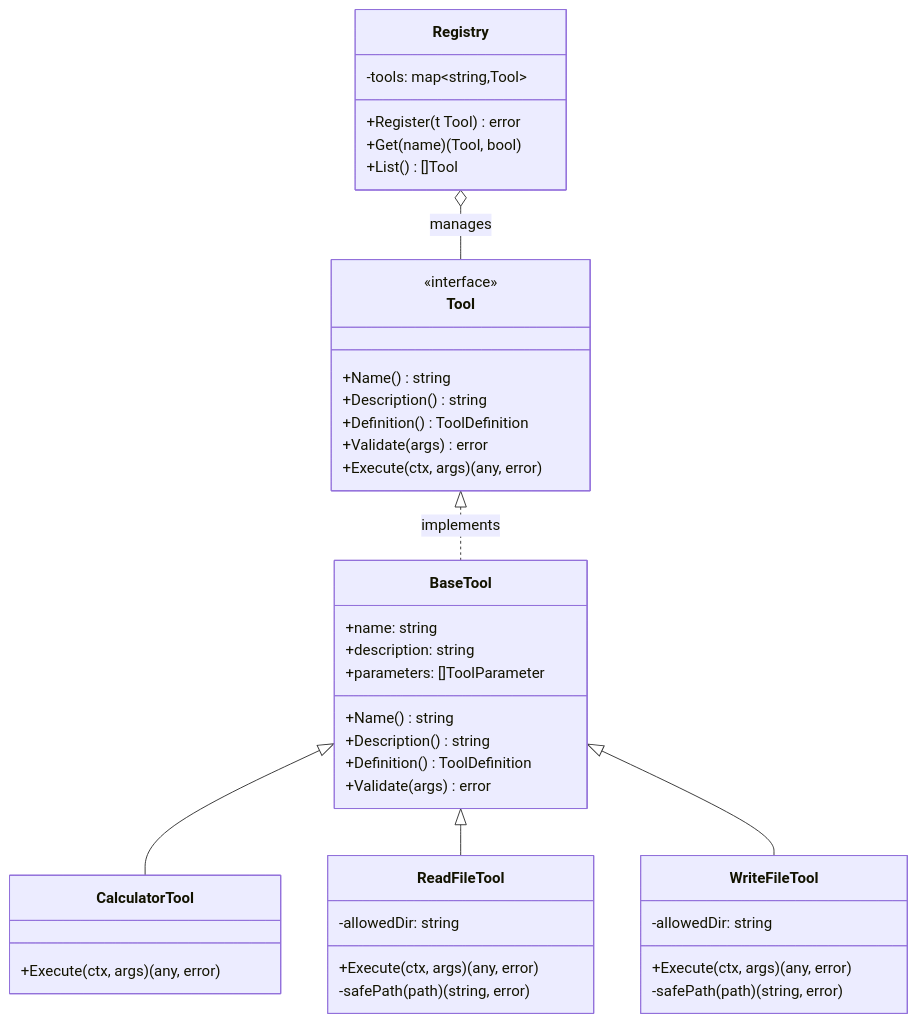
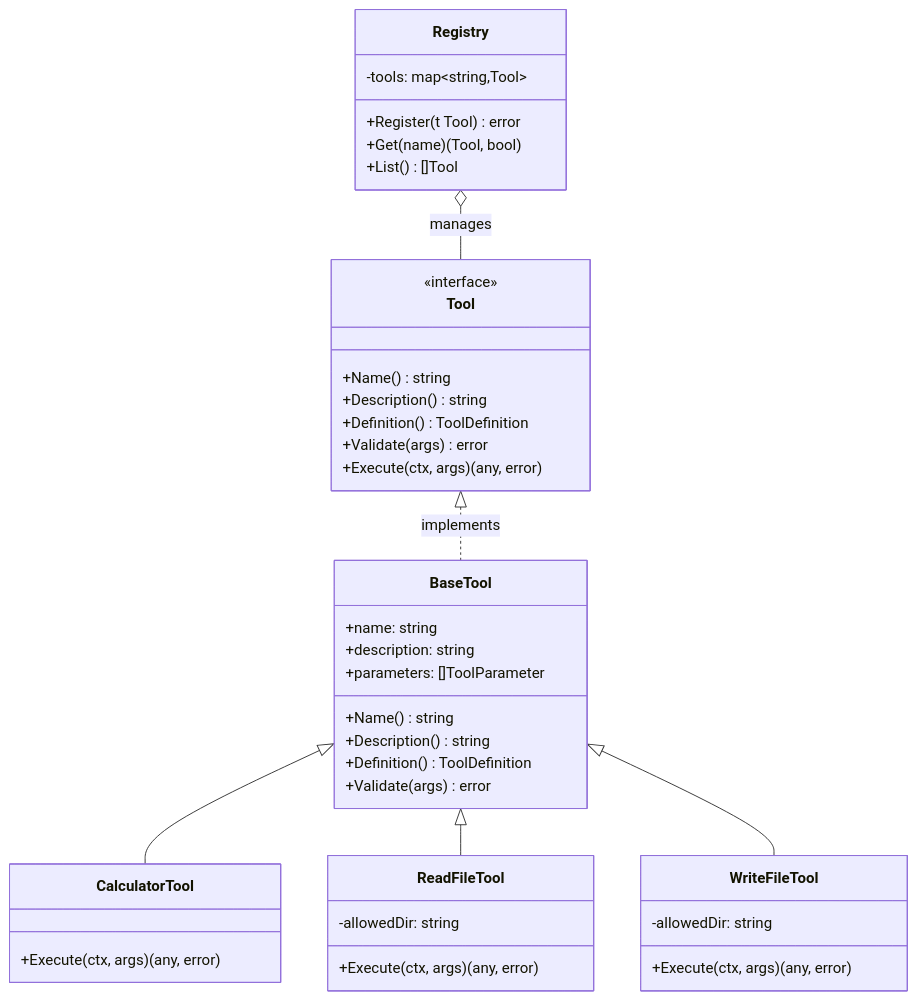
Before and after one commit to apexracing/tracklogic-agent: the second of 2 diagrams in docs/04-tool-layer.md, drawn with Mermaid. The commit also changed other lines of this file and 52 other files, not shown here.

````diff
--- a/docs/04-tool-layer.md
+++ b/docs/04-tool-layer.md
@@ -428,50 +415,48 @@
 ```mermaid
 classDiagram
     class Tool {
         <<interface>>
         +Name() string
         +Description() string
         +Definition() ToolDefinition
         +Validate(args) error
         +Execute(ctx, args) (any, error)
     }
     
     class BaseTool {
         +name: string
         +description: string
         +parameters: []ToolParameter
         +Name() string
         +Description() string
         +Definition() ToolDefinition
         +Validate(args) error
     }
     
     class CalculatorTool {
         +Execute(ctx, args) (any, error)
     }
     
     class ReadFileTool {
         -allowedDir: string
         +Execute(ctx, args) (any, error)
-        -safePath(path) (string, error)
     }
     
     class WriteFileTool {
         -allowedDir: string
         +Execute(ctx, args) (any, error)
-        -safePath(path) (string, error)
     }
     
     class Registry {
         -tools: map~string,Tool~
         +Register(t Tool) error
         +Get(name) (Tool, bool)
         +List() []Tool
     }
     
     Tool <|.. BaseTool : implements
     BaseTool <|-- CalculatorTool
     BaseTool <|-- ReadFileTool
     BaseTool <|-- WriteFileTool
     Registry o-- Tool : manages
 ```
````
